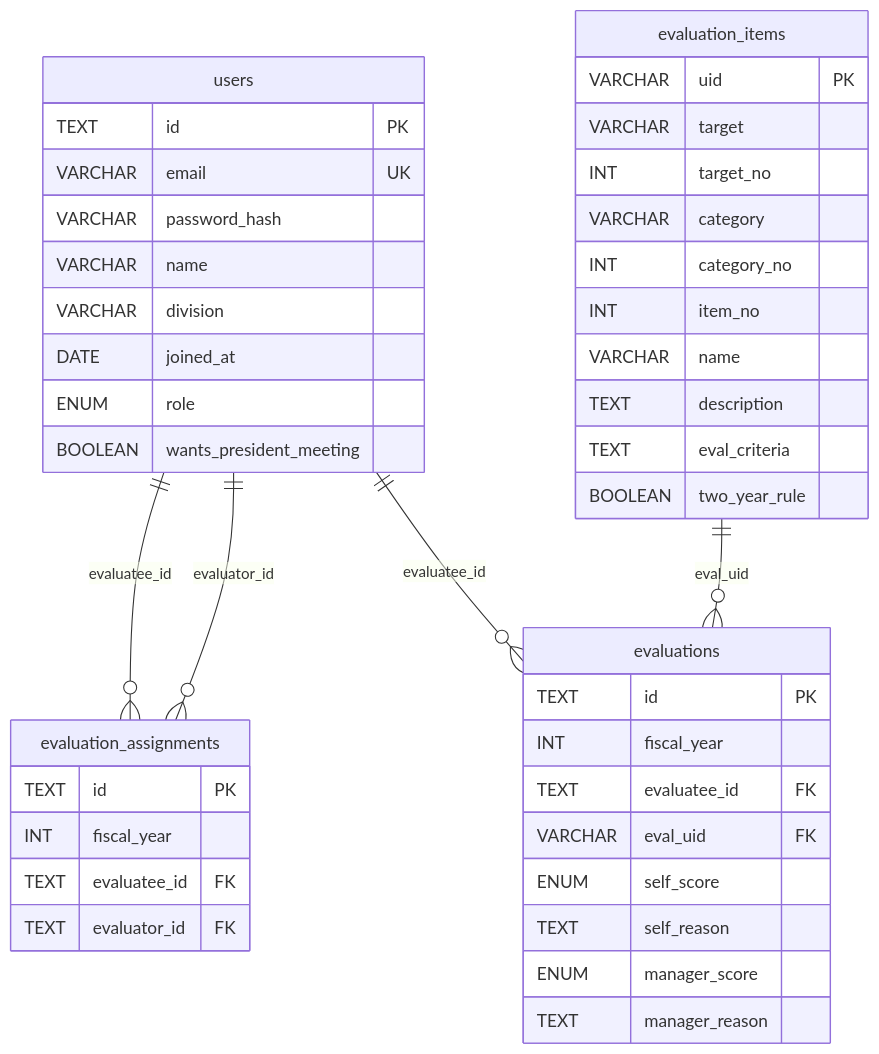
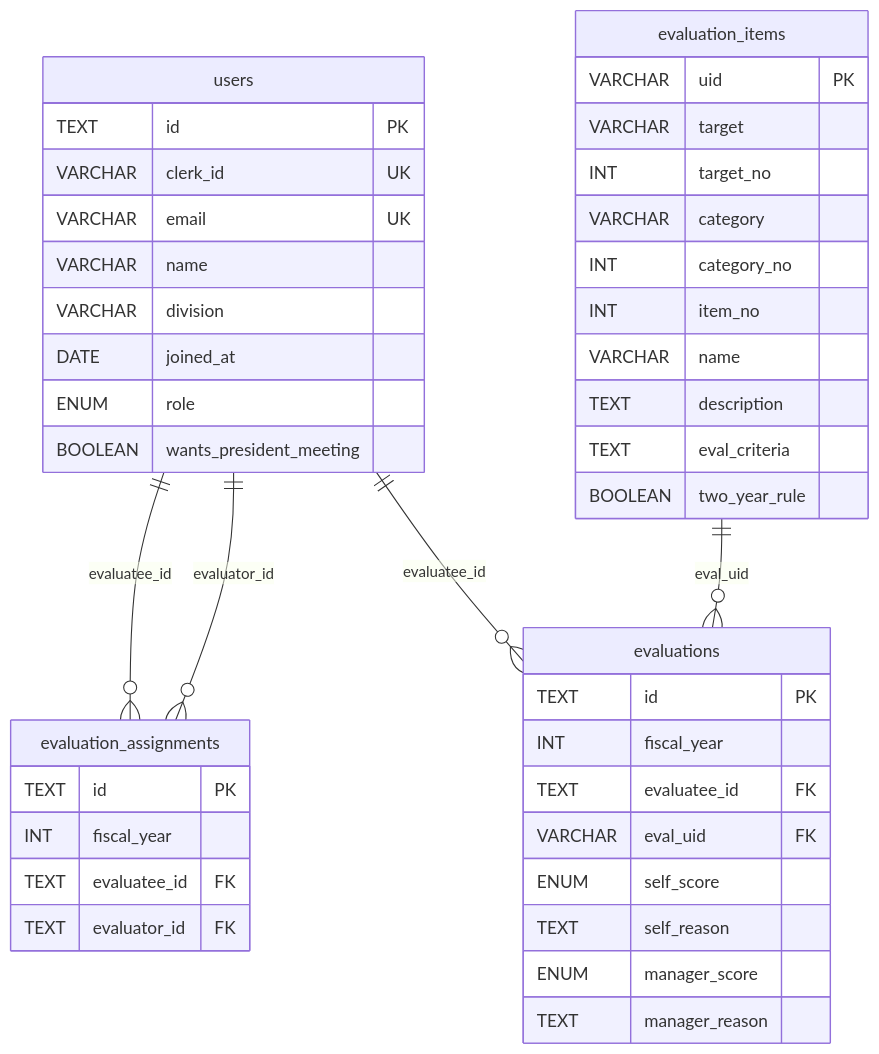
One commit to ot-nemoto/eval-hub changed the diagram in docs/schema.md. Above: the diagram before and after it, drawn with Mermaid. The commit also changed other lines of this file and 2 other files, not shown here.

First line of the commit message:
feat: DBスキーマ変更（clerk_id追加・password_hash削除）（T40）

````diff
--- a/docs/schema.md
+++ b/docs/schema.md
@@ -31,46 +31,46 @@
 ```mermaid
 erDiagram
     users {
         TEXT id PK
+        VARCHAR clerk_id UK
         VARCHAR email UK
-        VARCHAR password_hash
         VARCHAR name
         VARCHAR division
         DATE joined_at
         ENUM role
         BOOLEAN wants_president_meeting
     }
     evaluation_assignments {
         TEXT id PK
         INT fiscal_year
         TEXT evaluatee_id FK
         TEXT evaluator_id FK
     }
     evaluation_items {
         VARCHAR uid PK
         VARCHAR target
         INT target_no
         VARCHAR category
         INT category_no
         INT item_no
         VARCHAR name
         TEXT description
         TEXT eval_criteria
         BOOLEAN two_year_rule
     }
     evaluations {
         TEXT id PK
         INT fiscal_year
         TEXT evaluatee_id FK
         VARCHAR eval_uid FK
         ENUM self_score
         TEXT self_reason
         ENUM manager_score
         TEXT manager_reason
     }
 
     users ||--o{ evaluation_assignments : "evaluatee_id"
     users ||--o{ evaluation_assignments : "evaluator_id"
     users ||--o{ evaluations : "evaluatee_id"
     evaluation_items ||--o{ evaluations : "eval_uid"
 ```
````
